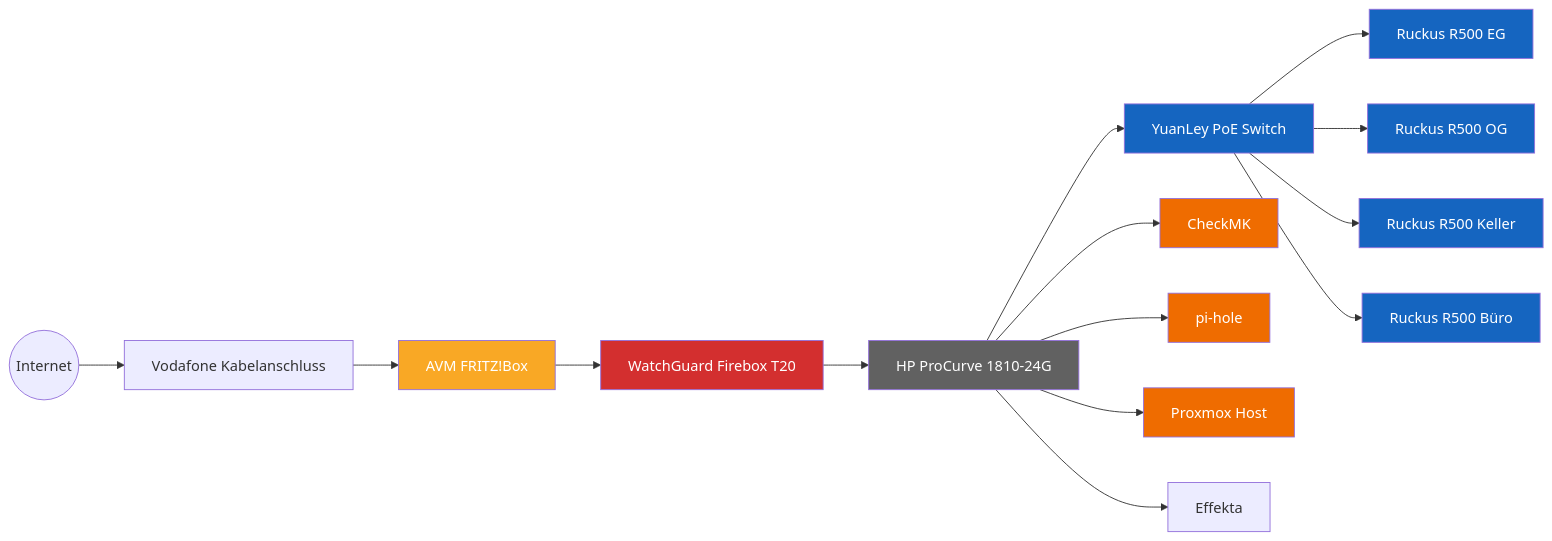
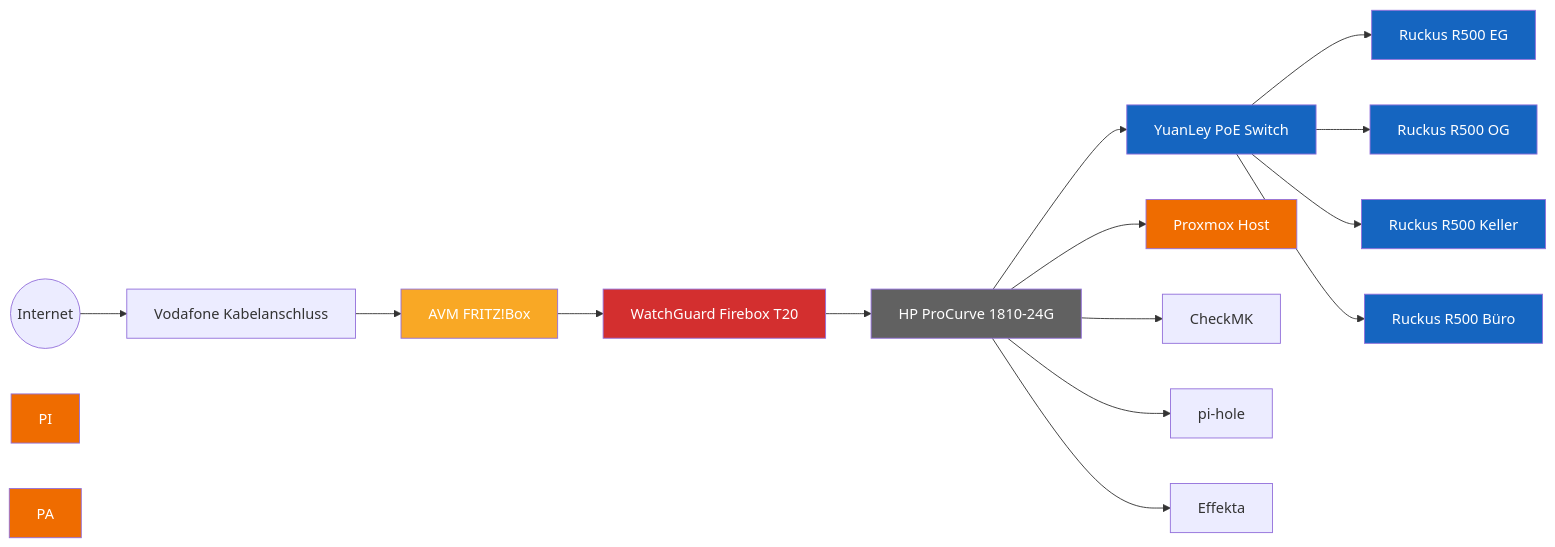
The diagram in projects/enterprise-homelab/diagrams/Netzwerktopologie.mmd (Guschd/sebastians-infrastructure-portfolio), drawn with Mermaid before and after one commit.

Commit message:
Netzwerktopologie.mmd aktualisieren

```diff
--- a/projects/enterprise-homelab/diagrams/Netzwerktopologie.mmd
+++ b/projects/enterprise-homelab/diagrams/Netzwerktopologie.mmd
@@ -1,46 +1,46 @@
 graph LR
 
 Internet((Internet))
 Vodafone[Vodafone Kabelanschluss]
 FB[AVM FRITZ!Box]
 WG[WatchGuard Firebox T20]
 SW[HP ProCurve 1810-24G]
 POE[YuanLey PoE Switch]
 
 style WG fill:#d32f2f,color:#fff
 style POE fill:#1565c0,color:#fff
 style AP1 fill:#1565c0,color:#fff
 style AP2 fill:#1565c0,color:#fff
 style AP3 fill:#1565c0,color:#fff
 style AP4 fill:#1565c0,color:#fff
 style PI fill:#ef6c00,color:#fff
 style PA fill:#ef6c00,color:#fff
 style PX fill:#ef6c00,color:#fff
 style FB fill:#f9a825,color:#fff
 style SW fill:#616161,color:#fff
 
 AP1[Ruckus R500 EG]
 AP2[Ruckus R500 OG]
 AP3[Ruckus R500 Keller]
 AP4[Ruckus R500 Büro]
 
 PX[Proxmox Host]
-PI[CheckMK]
-PA[pi-hole]
-PE[Effekta]
+CMK[CheckMK]
+PH[pi-hole]
+USV[Effekta]
 
 Internet --> Vodafone
 Vodafone --> FB
 FB --> WG
 WG --> SW
 
 SW --> PX
-SW --> PA
-SW --> PI
-SW --> PE
+SW --> CMK
+SW --> PH
+SW --> USV
 SW --> POE
 
 POE --> AP1
 POE --> AP2
 POE --> AP3
 POE --> AP4
```
